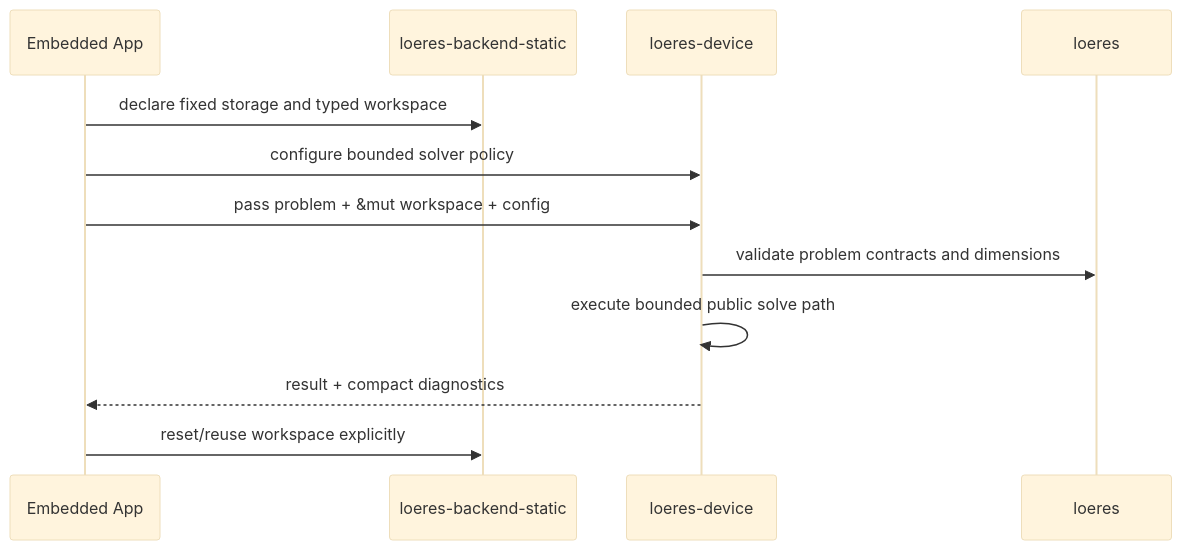
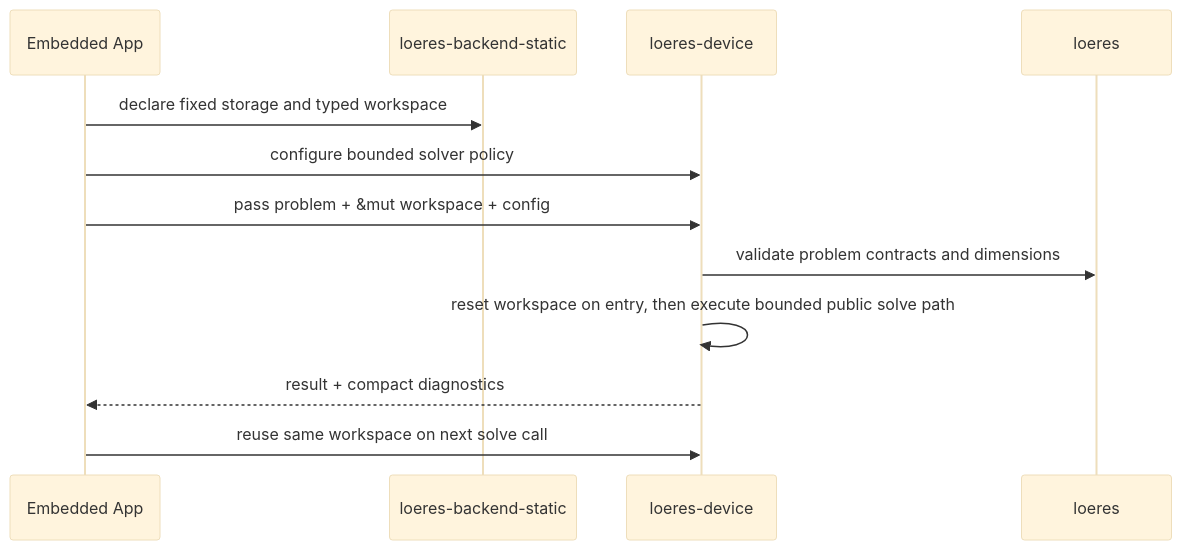
Before and after one commit to nabbisen/loeres: the fourth of 5 diagrams in docs/specs/loeres-external-design-v1.md, drawn with Mermaid (base theme). The commit also changed other lines of this file and 18 other files, not shown here.

````diff
--- a/docs/specs/loeres-external-design-v1.md
+++ b/docs/specs/loeres-external-design-v1.md
@@ -870,15 +892,15 @@
 ```mermaid
 sequenceDiagram
     participant App as Embedded App
     participant Static as loeres-backend-static
     participant Device as loeres-device
     participant Core as loeres
 
     App->>Static: declare fixed storage and typed workspace
     App->>Device: configure bounded solver policy
     App->>Device: pass problem + &mut workspace + config
     Device->>Core: validate problem contracts and dimensions
-    Device->>Device: execute bounded public solve path
+    Device->>Device: reset workspace on entry, then execute bounded public solve path
     Device-->>App: result + compact diagnostics
-    App->>Static: reset/reuse workspace explicitly
+    App->>Device: reuse same workspace on next solve call
 ```
````
